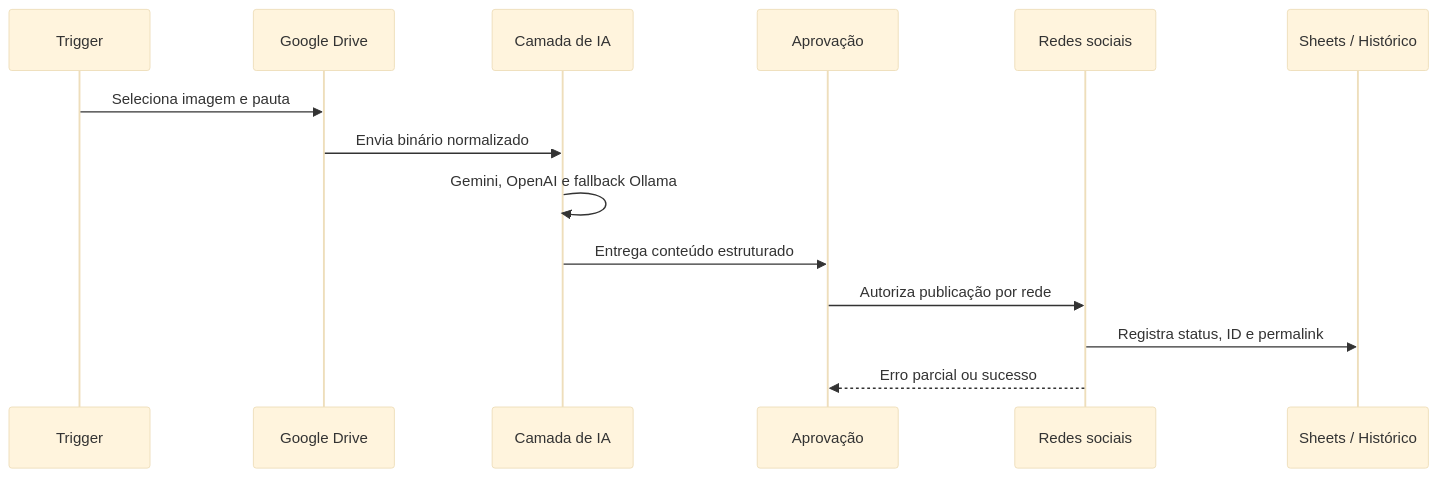
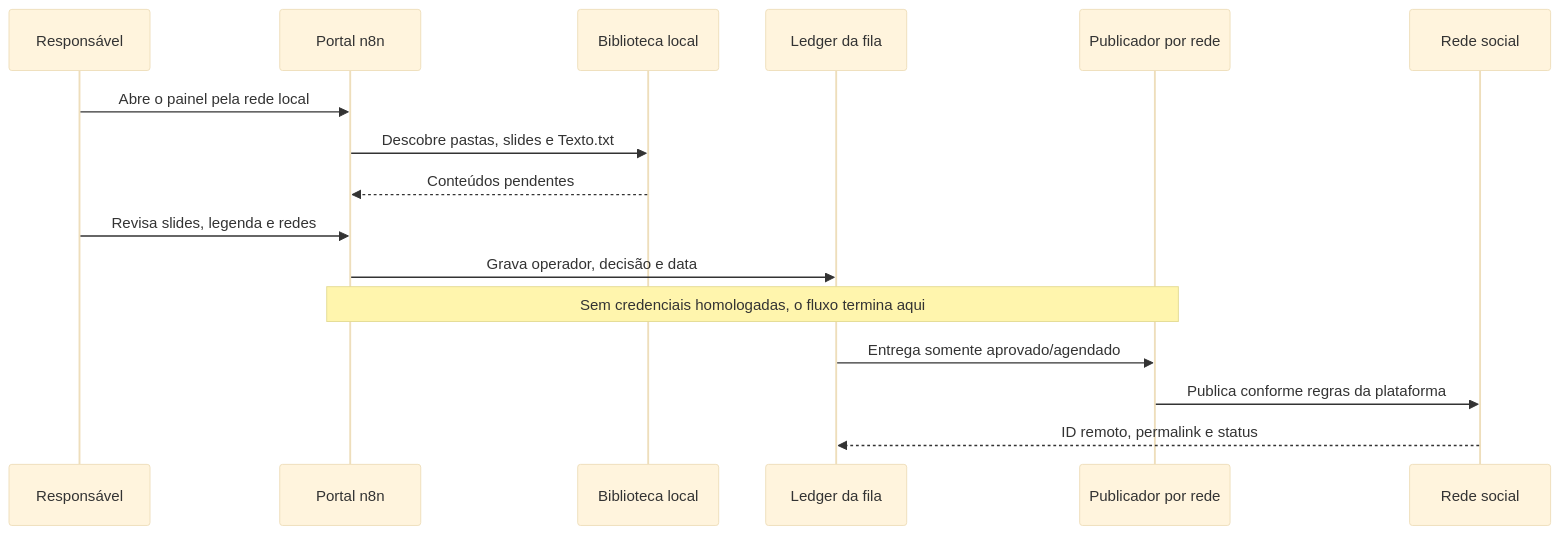
Before and after one commit to Mayconxzdev/PostagemRedes: the diagram in docs/architecture.md, drawn with Mermaid (base theme). The commit also changed other lines of this file and 12 other files, not shown here.

````diff
--- a/docs/architecture.md
+++ b/docs/architecture.md
@@ -7,17 +11,19 @@
 ```mermaid
 sequenceDiagram
-    participant T as Trigger
-    participant D as Google Drive
-    participant AI as Camada de IA
-    participant A as Aprovação
-    participant S as Redes sociais
-    participant H as Sheets / Histórico
+    participant U as Responsável
+    participant P as Portal n8n
+    participant L as Biblioteca local
+    participant Q as Ledger da fila
+    participant R as Publicador por rede
+    participant S as Rede social
 
-    T->>D: Seleciona imagem e pauta
-    D->>AI: Envia binário normalizado
-    AI->>AI: Gemini, OpenAI e fallback Ollama
-    AI->>A: Entrega conteúdo estruturado
-    A->>S: Autoriza publicação por rede
-    S->>H: Registra status, ID e permalink
-    S-->>A: Erro parcial ou sucesso
+    U->>P: Abre o painel pela rede local
+    P->>L: Descobre pastas, slides e Texto.txt
+    L-->>P: Conteúdos pendentes
+    U->>P: Revisa slides, legenda e redes
+    P->>Q: Grava operador, decisão e data
+    Note over P,R: Sem credenciais homologadas, o fluxo termina aqui
+    Q->>R: Entrega somente aprovado/agendado
+    R->>S: Publica conforme regras da plataforma
+    S-->>Q: ID remoto, permalink e status
 ```
````
